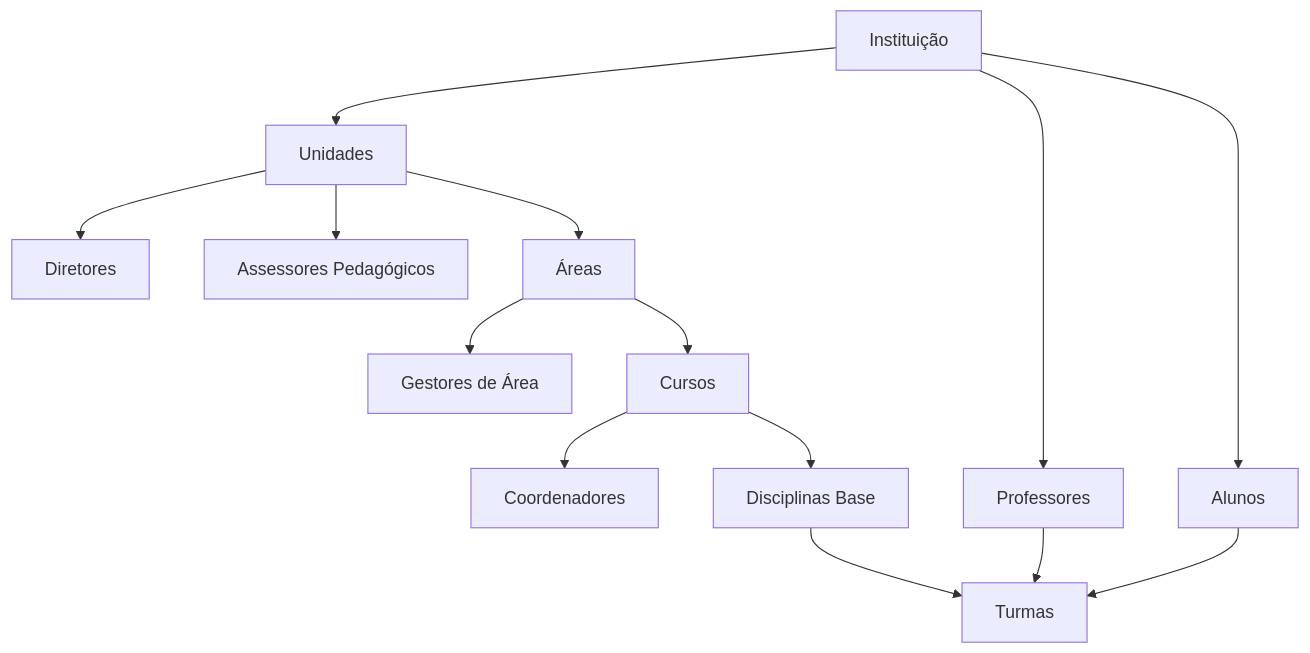
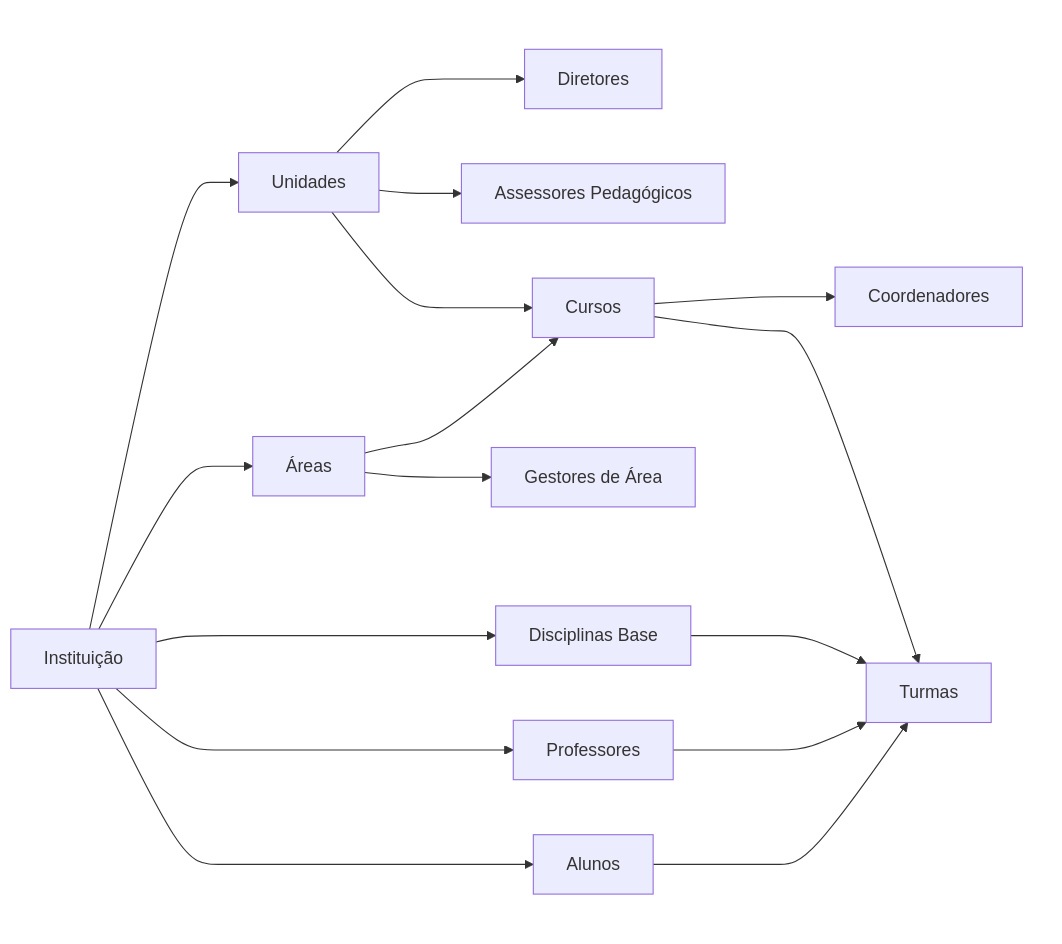
One commit to ldasistemas/proextend-integration-docs changed the first of 10 diagrams in docs/conceitos-fundamentais.md. Above: the diagram before and after it, drawn with Mermaid. The commit also changed other lines of this file and 11 other files, not shown here.

````diff
--- a/docs/conceitos-fundamentais.md
+++ b/docs/conceitos-fundamentais.md
@@ -16,22 +16,44 @@
 ```mermaid
-flowchart TD
+flowchart LR
+
+    %% Instituição
     INST[Instituição]
 
+    %% Estrutura principal
     INST --> UNI[Unidades]
+    INST --> AREA[Áreas]
+    INST --> DISC[Disciplinas Base]
     INST --> PROF[Professores]
     INST --> ALU[Alunos]
 
-    UNI --> DIR[Diretores]
-    UNI --> ASSES[Assessores Pedagógicos]
-    UNI --> AREA[Áreas]
+    %% Unidade
+    subgraph SG_UNI [ ]
+        UNI --> DIR[Diretores]
+        UNI --> ASSES[Assessores Pedagógicos]
+        UNI --> CURSO[Cursos]
+    end
 
-    AREA --> GEST[Gestores de Área]
-    AREA --> CURSO[Cursos]
+    %% Área
+    subgraph SG_AREA [ ]
+        AREA --> GEST[Gestores de Área]
+        AREA --> CURSO
+    end
 
-    CURSO --> COORD[Coordenadores]
-    CURSO --> DISC[Disciplinas Base]
+    %% Curso
+    subgraph SG_CURSO [ ]
+        CURSO --> COORD[Coordenadores]
+        CURSO --> TURMA[Turmas]
+    end
 
-    DISC --> TURMA[Turmas]
-    PROF --> TURMA
-    ALU --> TURMA
+    %% Turmas
+    subgraph SG_TURMAS [ ]
+        DISC --> TURMA
+        PROF --> TURMA
+        ALU --> TURMA
+    end
+
+    style SG_UNI fill:transparent,stroke:none
+    style SG_AREA fill:transparent,stroke:none
+    style SG_CURSO fill:transparent,stroke:none
+    style SG_TURMAS fill:transparent,stroke:none
 ```
````
